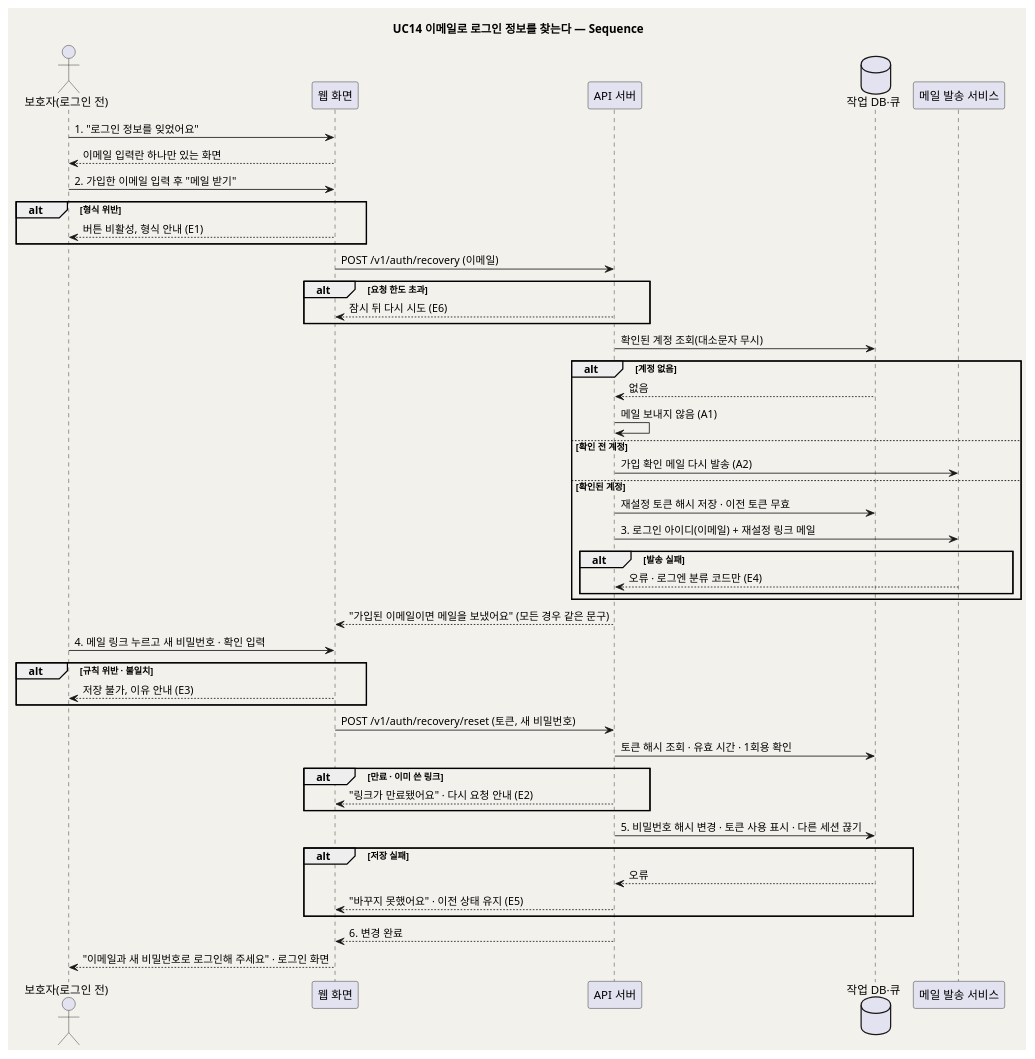
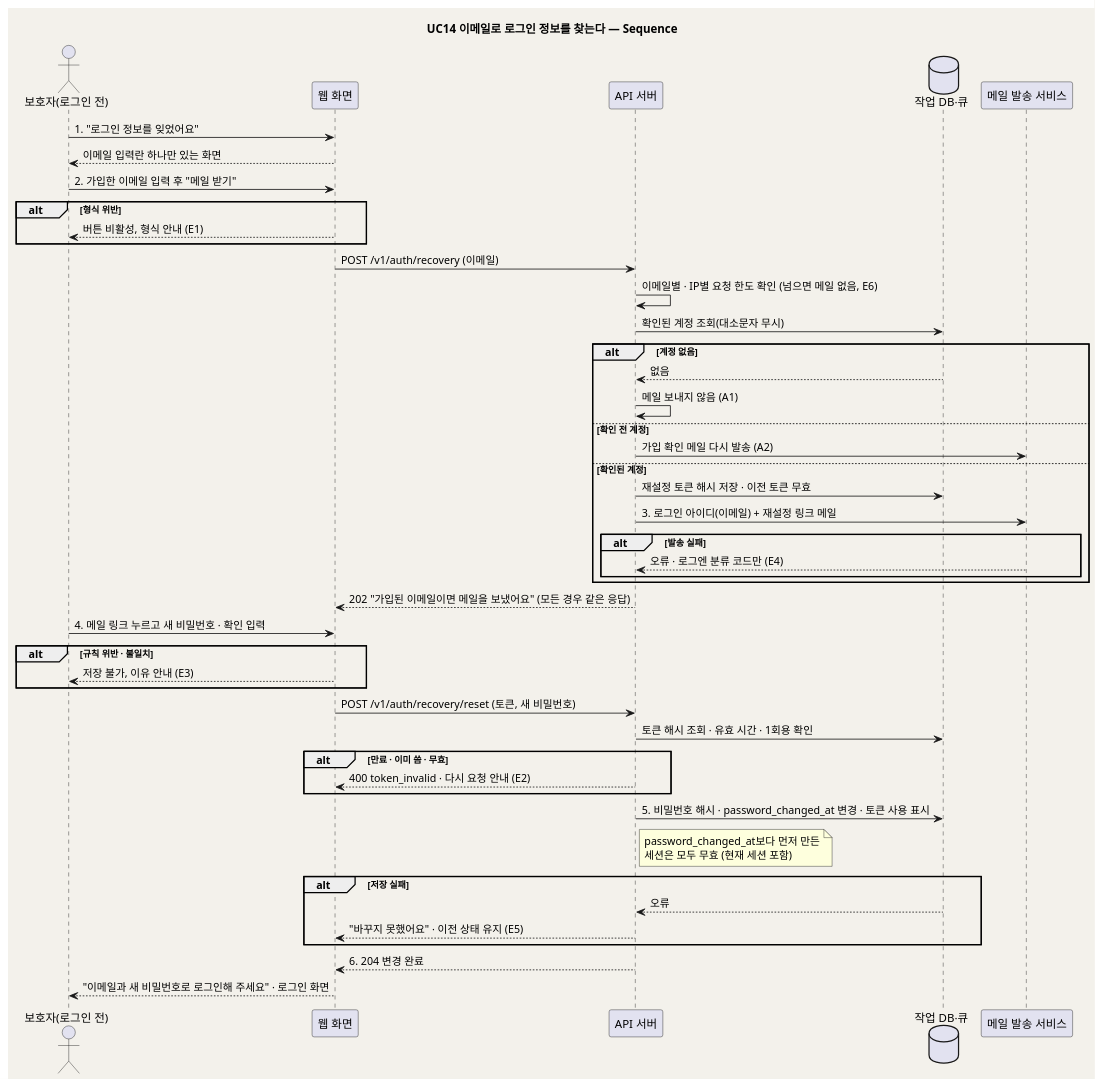
One commit to kids-gallery/uri-gallery changed the second of 2 diagrams in design/UC_14_로그인정보찾기.md. Above: the diagram before and after it, drawn with PlantUML. The commit also changed other lines of this file and 10 other files, not shown here.

````diff
--- a/design/UC_14_로그인정보찾기.md
+++ b/design/UC_14_로그인정보찾기.md
@@ -170,56 +171,58 @@
 ```plantuml
 @startuml seq_our_child_gallery_14
 skinparam backgroundColor #F3F1EB
 skinparam shadowing false
 title UC14 이메일로 로그인 정보를 찾는다 — Sequence
 
 actor "보호자(로그인 전)" as Guardian
 participant "웹 화면" as UI
 participant "API 서버" as API
 database "작업 DB·큐" as DB
 participant "메일 발송 서비스" as Mail
 
 Guardian -> UI : 1. "로그인 정보를 잊었어요"
 UI --> Guardian : 이메일 입력란 하나만 있는 화면
 
 Guardian -> UI : 2. 가입한 이메일 입력 후 "메일 받기"
 alt 형식 위반
   UI --> Guardian : 버튼 비활성, 형식 안내 (E1)
 end
 UI -> API : POST /v1/auth/recovery (이메일)
-alt 요청 한도 초과
-  API --> UI : 잠시 뒤 다시 시도 (E6)
-end
+API -> API : 이메일별 · IP별 요청 한도 확인 (넘으면 메일 없음, E6)
 API -> DB : 확인된 계정 조회(대소문자 무시)
 alt 계정 없음
   DB --> API : 없음
   API -> API : 메일 보내지 않음 (A1)
 else 확인 전 계정
   API -> Mail : 가입 확인 메일 다시 발송 (A2)
 else 확인된 계정
   API -> DB : 재설정 토큰 해시 저장 · 이전 토큰 무효
   API -> Mail : 3. 로그인 아이디(이메일) + 재설정 링크 메일
   alt 발송 실패
     Mail --> API : 오류 · 로그엔 분류 코드만 (E4)
   end
 end
-API --> UI : "가입된 이메일이면 메일을 보냈어요" (모든 경우 같은 문구)
+API --> UI : 202 "가입된 이메일이면 메일을 보냈어요" (모든 경우 같은 응답)
 
 Guardian -> UI : 4. 메일 링크 누르고 새 비밀번호 · 확인 입력
 alt 규칙 위반 · 불일치
   UI --> Guardian : 저장 불가, 이유 안내 (E3)
 end
 UI -> API : POST /v1/auth/recovery/reset (토큰, 새 비밀번호)
 API -> DB : 토큰 해시 조회 · 유효 시간 · 1회용 확인
-alt 만료 · 이미 쓴 링크
-  API --> UI : "링크가 만료됐어요" · 다시 요청 안내 (E2)
+alt 만료 · 이미 씀 · 무효
+  API --> UI : 400 token_invalid · 다시 요청 안내 (E2)
 end
-API -> DB : 5. 비밀번호 해시 변경 · 토큰 사용 표시 · 다른 세션 끊기
+API -> DB : 5. 비밀번호 해시 · password_changed_at 변경 · 토큰 사용 표시
+note right of API
+  password_changed_at보다 먼저 만든
+  세션은 모두 무효 (현재 세션 포함)
+end note
 alt 저장 실패
   DB --> API : 오류
   API --> UI : "바꾸지 못했어요" · 이전 상태 유지 (E5)
 end
-API --> UI : 6. 변경 완료
+API --> UI : 6. 204 변경 완료
 UI --> Guardian : "이메일과 새 비밀번호로 로그인해 주세요" · 로그인 화면
 @enduml
 ```
````
